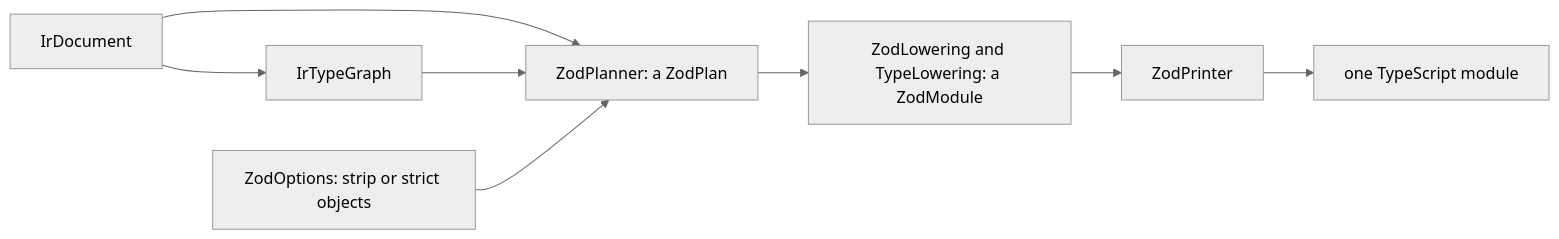
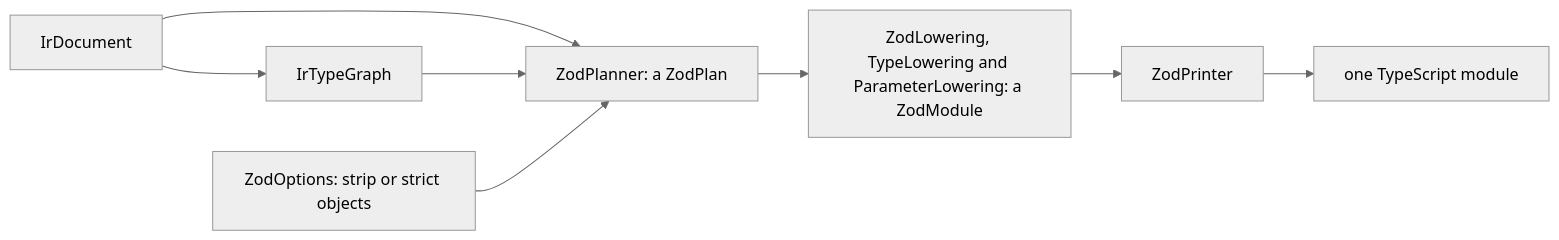
One commit to haruspex-tools/haruspex changed the diagram in src/Haruspex.Emit.Zod/README.md. Above: the diagram before and after it, drawn with Mermaid (neutral theme). The commit also changed other lines of this file and 136 other files, not shown here.

````diff
--- a/src/Haruspex.Emit.Zod/README.md
+++ b/src/Haruspex.Emit.Zod/README.md
@@ -16,10 +17,10 @@
 ```mermaid
 flowchart LR
     document["IrDocument"] --> typeGraph["IrTypeGraph"]
     document --> plan["ZodPlanner: a ZodPlan"]
     typeGraph --> plan
     options["ZodOptions: strip or strict objects"] --> plan
-    plan --> lower["ZodLowering and TypeLowering: a ZodModule"]
+    plan --> lower["ZodLowering, TypeLowering and ParameterLowering: a ZodModule"]
     lower --> print["ZodPrinter"]
     print --> module["one TypeScript module"]
 ```
````
